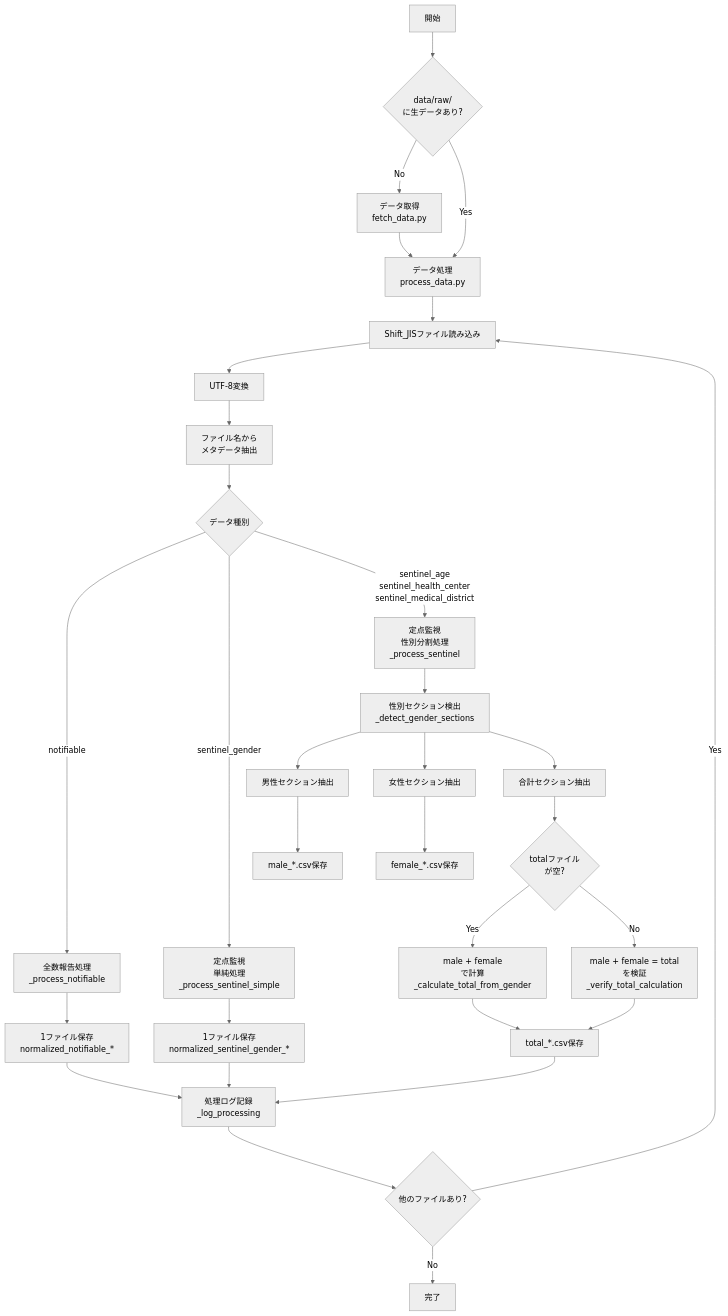
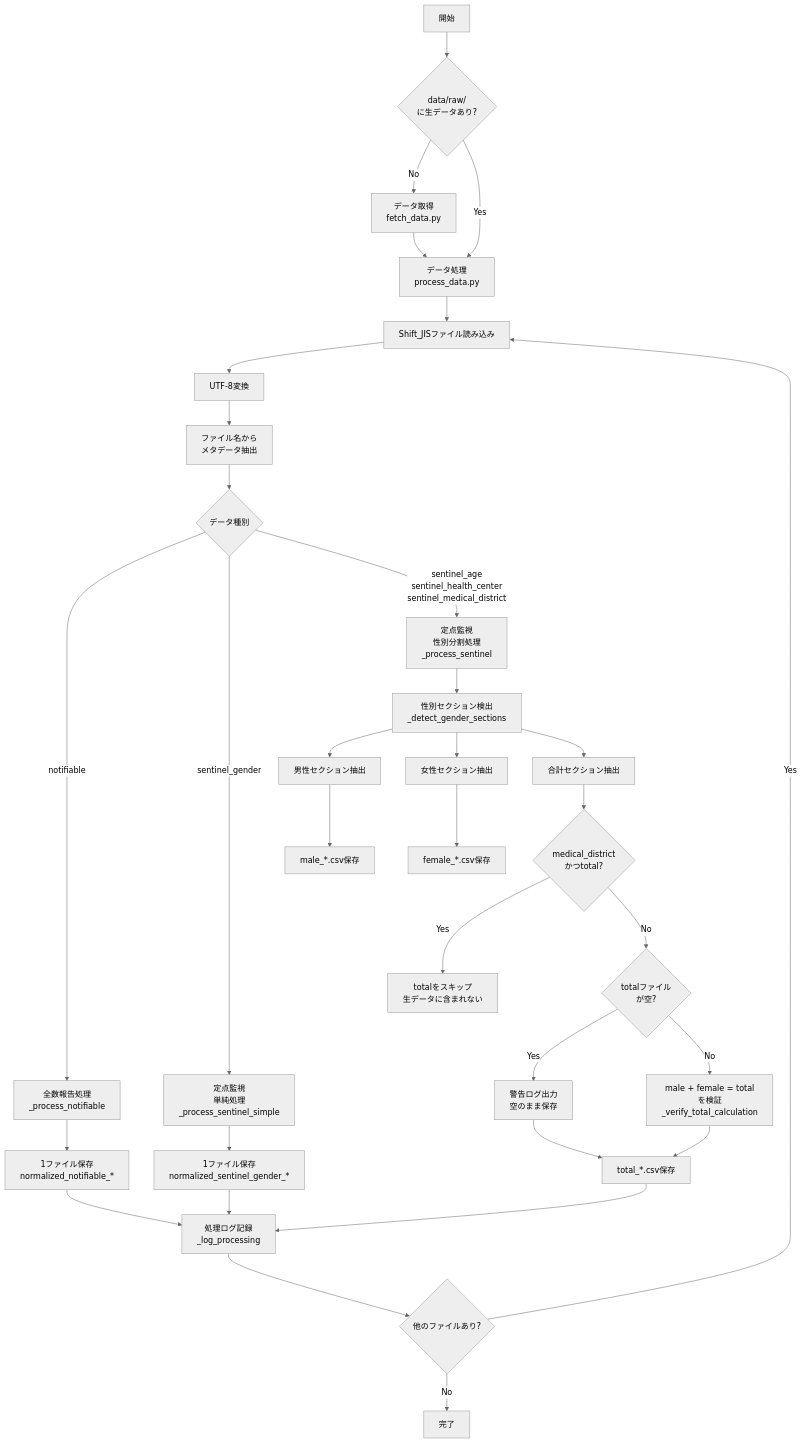
The first of 4 diagrams in CLAUDE.md (kambarakun/fetch-tokyo-idsc-github-actions), drawn with Mermaid (neutral theme) before and after one commit. The commit also changed other lines of this file and 3 other files, not shown here.

````diff
--- a/CLAUDE.md
+++ b/CLAUDE.md
@@ -77,42 +77,45 @@
 ```mermaid
 flowchart TD
     Start[開始] --> CheckRaw{data/raw/<br/>に生データあり?}
     CheckRaw -->|No| FetchData[データ取得<br/>fetch_data.py]
     CheckRaw -->|Yes| ProcessData[データ処理<br/>process_data.py]
     FetchData --> ProcessData
 
     ProcessData --> ReadFile[Shift_JISファイル読み込み]
     ReadFile --> ConvertUTF8[UTF-8変換]
     ConvertUTF8 --> ExtractMeta[ファイル名から<br/>メタデータ抽出]
     ExtractMeta --> CheckType{データ種別}
 
     CheckType -->|notifiable| ProcessNotifiable[全数報告処理<br/>_process_notifiable]
     CheckType -->|sentinel_gender| ProcessSimple[定点監視<br/>単純処理<br/>_process_sentinel_simple]
     CheckType -->|sentinel_age<br/>sentinel_health_center<br/>sentinel_medical_district| ProcessSentinel[定点監視<br/>性別分割処理<br/>_process_sentinel]
 
     ProcessNotifiable --> SaveNotifiable[1ファイル保存<br/>normalized_notifiable_*]
     ProcessSimple --> SaveSimple[1ファイル保存<br/>normalized_sentinel_gender_*]
 
     ProcessSentinel --> DetectGender[性別セクション検出<br/>_detect_gender_sections]
     DetectGender --> ExtractMale[男性セクション抽出]
     DetectGender --> ExtractFemale[女性セクション抽出]
     DetectGender --> ExtractTotal[合計セクション抽出]
 
     ExtractMale --> SaveMale[male_*.csv保存]
     ExtractFemale --> SaveFemale[female_*.csv保存]
-    ExtractTotal --> CheckEmpty{totalファイル<br/>が空?}
+    ExtractTotal --> CheckMedical{medical_district<br/>かつtotal?}
 
-    CheckEmpty -->|Yes| CalcTotal[male + female<br/>で計算<br/>_calculate_total_from_gender]
+    CheckMedical -->|Yes| SkipTotal[totalをスキップ<br/>生データに含まれない]
+    CheckMedical -->|No| CheckEmpty{totalファイル<br/>が空?}
+
+    CheckEmpty -->|Yes| WarnEmpty[警告ログ出力<br/>空のまま保存]
     CheckEmpty -->|No| VerifyTotal[male + female = total<br/>を検証<br/>_verify_total_calculation]
 
-    CalcTotal --> SaveTotal[total_*.csv保存]
+    WarnEmpty --> SaveTotal[total_*.csv保存]
     VerifyTotal --> SaveTotal
 
     SaveNotifiable --> LogProcess[処理ログ記録<br/>_log_processing]
     SaveSimple --> LogProcess
     SaveTotal --> LogProcess
 
     LogProcess --> CheckMore{他のファイルあり?}
     CheckMore -->|Yes| ReadFile
     CheckMore -->|No| Complete[完了]
 ```
````
